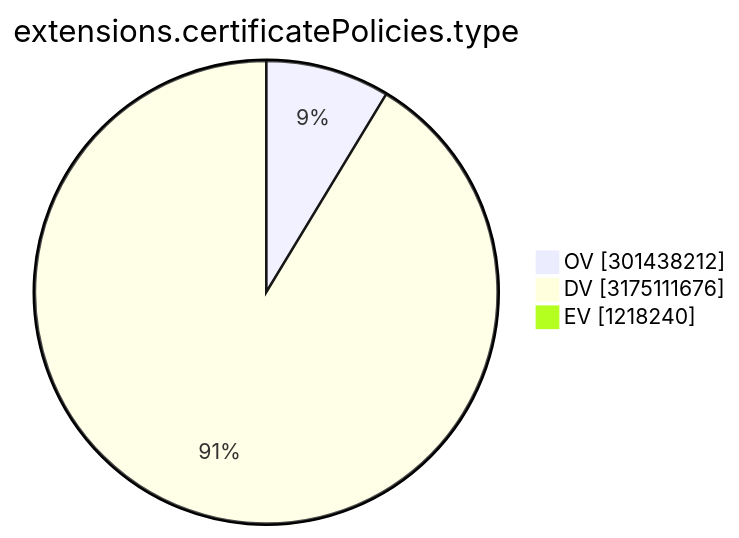
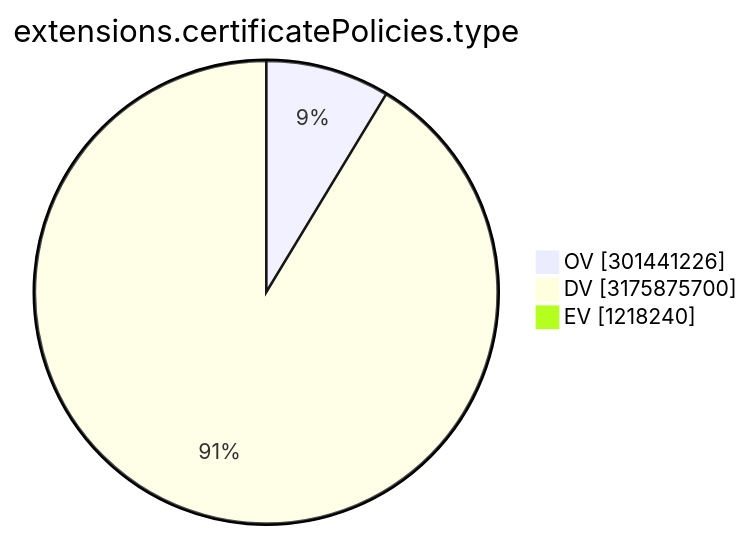
The ninth of 15 diagrams in TOTAL/README.md (christiankrug/ctmonitor_visualization), drawn with Mermaid before and after one commit. The commit also changed other lines of this file, not shown here.

````diff
--- a/TOTAL/README.md
+++ b/TOTAL/README.md
@@ -3105,7 +3105,7 @@
 ```mermaid
 pie showData
 title extensions.certificatePolicies.type
-"OV" :301438212
-"DV" :3175111676
+"OV" :301441226
+"DV" :3175875700
 "EV" :1218240
 ```
````
